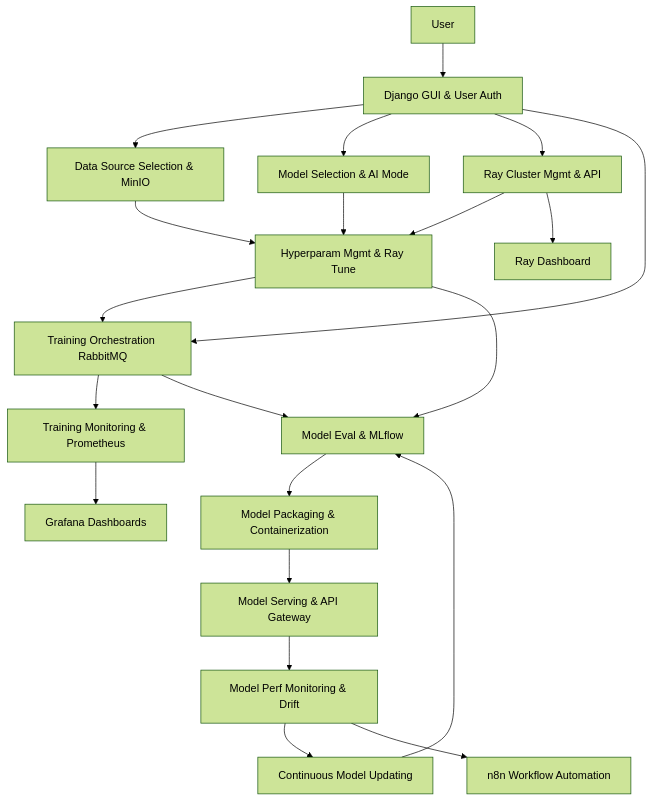
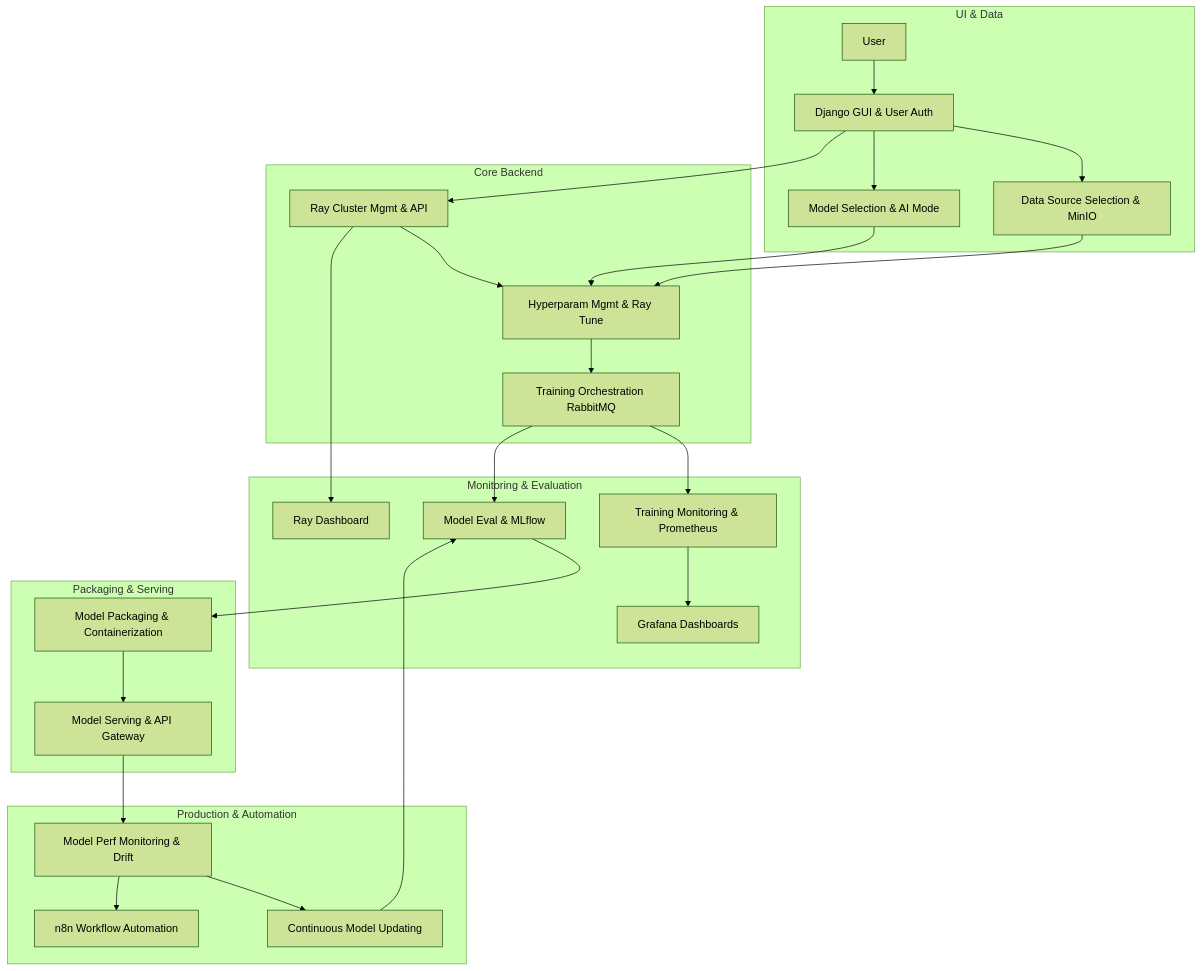
One commit to username-not-important/cloud-computing-2025 changed the first of 2 diagrams in project/readme.md. Above: the diagram before and after it, drawn with Mermaid (forest theme). The commit also changed other lines of this file, not shown here.

Commit message:
FIX: digram design

````diff
--- a/project/readme.md
+++ b/project/readme.md
@@ -27,23 +27,63 @@
 ```mermaid
 flowchart TD
-    User[User] --> Django[Django GUI & User Auth]
-    Django --> MinIO[Data Source Selection & MinIO]
-    Django --> ModelSel[Model Selection & AI Mode]
-    Django --> RayMgmt[Ray Cluster Mgmt & API]
-    Django --> Rabbit[Training Orchestration RabbitMQ]
-    MinIO --> RayTrain[Hyperparam Mgmt & Ray Tune]
-    ModelSel --> RayTrain
-    RayMgmt --> RayTrain
-    RayTrain --> Rabbit
-    Rabbit --> Prom[Training Monitoring & Prometheus]
-    Rabbit --> MLflow[Model Eval & MLflow]
-    RayTrain --> MLflow
-    MLflow --> Docker[Model Packaging & Containerization]
-    Docker --> Serve[Model Serving & API Gateway]
-    Serve --> Drift[Model Perf Monitoring & Drift]
-    Drift --> Update[Continuous Model Updating]
-    Update --> MLflow
-    Drift --> n8n[n8n Workflow Automation]
-    Prom --> Grafana[Grafana Dashboards]
-    RayMgmt --> RayDash[Ray Dashboard]
+
+    %% UI & Data Module
+    subgraph UI_and_Data["UI &amp; Data"]
+        A1[User]
+        A2[Django GUI &amp; User Auth]
+        A3[Data Source Selection &amp; MinIO]
+        A4[Model Selection &amp; AI Mode]
+    end
+
+    %% Core Backend Module
+    subgraph Core_Backend["Core Backend"]
+        B1[Ray Cluster Mgmt &amp; API]
+        B2[Hyperparam Mgmt &amp; Ray Tune]
+        B3[Training Orchestration RabbitMQ]
+    end
+
+    %% Monitoring & Evaluation Module
+    subgraph Monitoring_Eval["Monitoring &amp; Evaluation"]
+        C1[Training Monitoring &amp; Prometheus]
+        C2[Model Eval &amp; MLflow]
+        C3[Grafana Dashboards]
+        C4[Ray Dashboard]
+    end
+
+    %% Packaging & Serving Module
+    subgraph Packaging_Serving["Packaging &amp; Serving"]
+        D1[Model Packaging &amp; Containerization]
+        D2[Model Serving &amp; API Gateway]
+    end
+
+    %% Production & Automation Module
+    subgraph Production_Auto["Production &amp; Automation"]
+        E1[Model Perf Monitoring &amp; Drift]
+        E2[Continuous Model Updating]
+        E3[n8n Workflow Automation]
+    end
+
+    %% Connections
+    A1 --> A2
+    A2 --> A3
+    A2 --> A4
+
+    A3 --> B2
+    A4 --> B2
+    A2 --> B1
+    B1 --> B2
+    B2 --> B3
+
+    B3 --> C1
+    B3 --> C2
+    C1 --> C3
+    B1 --> C4
+
+    C2 --> D1
+    D1 --> D2
+
+    D2 --> E1
+    E1 --> E2
+    E2 --> C2
+    E1 --> E3
 ```
````
